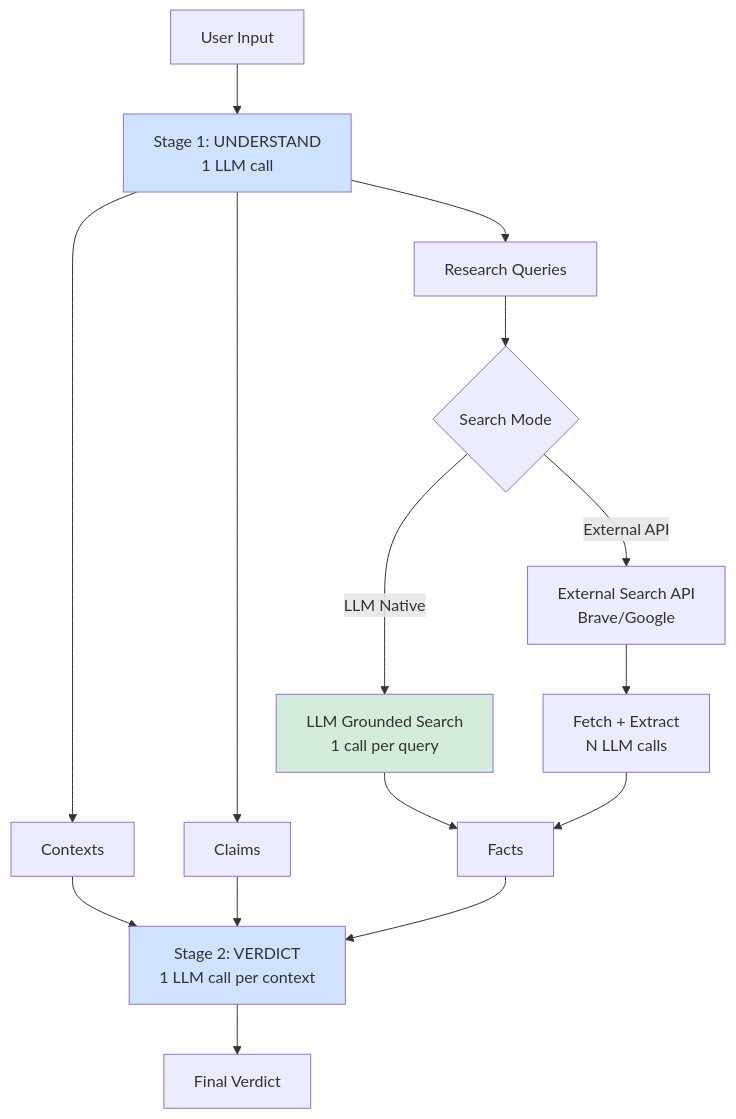
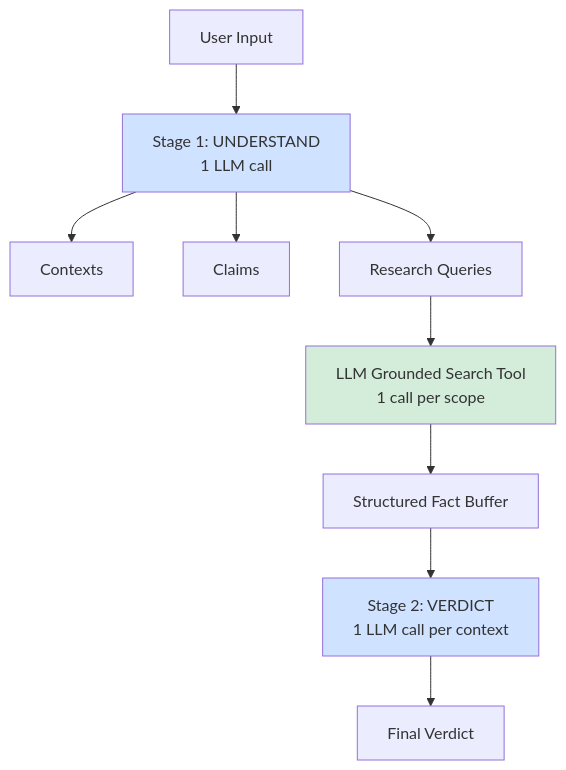
The sixth of 6 diagrams in Docs/DEVELOPMENT/Pipeline_Redesign_Plan_2026-01-16.md (robertschaub/FactHarbor), drawn with Mermaid before and after one commit. The commit also changed other lines of this file and 10 other files, not shown here.

````diff
--- a/Docs/DEVELOPMENT/Pipeline_Redesign_Plan_2026-01-16.md
+++ b/Docs/DEVELOPMENT/Pipeline_Redesign_Plan_2026-01-16.md
@@ -336,25 +300,19 @@
 ```mermaid
 graph TD
     Input[User Input] --> Stage1[Stage 1: UNDERSTAND<br/>1 LLM call]
     Stage1 --> Contexts[Contexts]
     Stage1 --> Claims[Claims]
     Stage1 --> Queries[Research Queries]
     
-    Queries --> SearchMode{Search Mode}
-    SearchMode -->|LLM Native| LLMSearch[LLM Grounded Search<br/>1 call per query]
-    SearchMode -->|External API| ExtSearch[External Search API<br/>Brave/Google]
+    Queries --> LLMSearch[LLM Grounded Search Tool<br/>1 call per scope]
     
-    LLMSearch --> Facts[Facts]
-    ExtSearch --> Fetch[Fetch + Extract<br/>N LLM calls]
-    Fetch --> Facts
+    LLMSearch --> Facts[Structured Fact Buffer]
     
-    Contexts --> Stage2[Stage 2: VERDICT<br/>1 LLM call per context]
-    Claims --> Stage2
-    Facts --> Stage2
+    Facts --> Stage2[Stage 2: VERDICT<br/>1 LLM call per context]
     
     Stage2 --> Output[Final Verdict]
     
     style Stage1 fill:#cfe2ff
+    style LLMSearch fill:#d4edda
     style Stage2 fill:#cfe2ff
-    style LLMSearch fill:#d4edda
 ```
````
